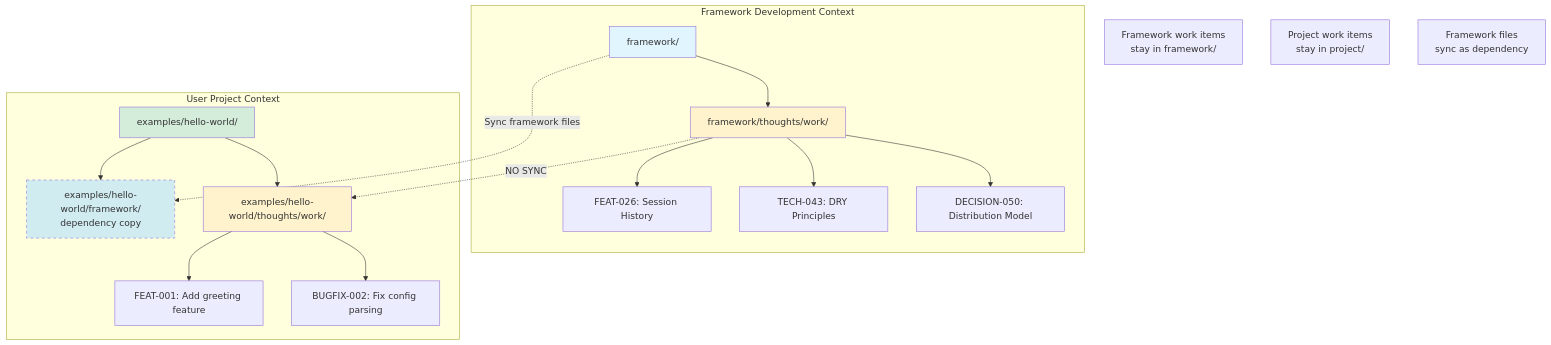
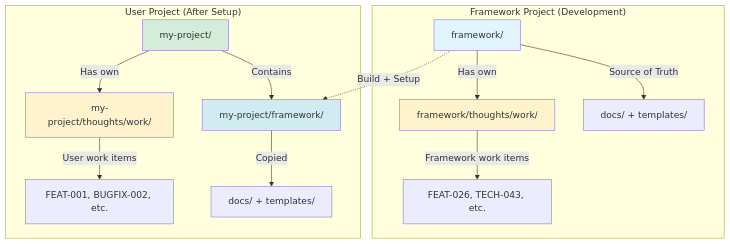
The third of 3 diagrams in framework/thoughts/work/todo/DECISION-050-framework-distribution-flow-diagram.md (SpearIT-LLC/project-framework), drawn with Mermaid before and after one commit. The commit also changed other lines of this file and 15 other files, not shown here.

````diff
--- a/framework/thoughts/work/todo/DECISION-050-framework-distribution-flow-diagram.md
+++ b/framework/thoughts/work/todo/DECISION-050-framework-distribution-flow-diagram.md
@@ -200,42 +181,29 @@
 ```mermaid
 graph TB
-    subgraph "Framework Development Context"
-        FW[framework/]
-        FW_WORK[framework/thoughts/work/]
-        FW_FEAT[FEAT-026: Session History]
-        FW_TECH[TECH-043: DRY Principles]
-        FW_DEC[DECISION-050: Distribution Model]
+    subgraph "Framework Project (Development)"
+        A[framework/] -->|Source of Truth| B[docs/ + templates/]
+        A -->|Has own| E[framework/thoughts/work/]
+        E -->|Framework work items| F[FEAT-026, TECH-043, etc.]
 
-        FW --> FW_WORK
-        FW_WORK --> FW_FEAT
-        FW_WORK --> FW_TECH
-        FW_WORK --> FW_DEC
-
-        style FW fill:#e1f5ff
-        style FW_WORK fill:#fff3cd
+        style A fill:#e1f5ff
+        style E fill:#fff3cd
     end
 
-    subgraph "User Project Context"
-        PROJ[examples/hello-world/]
-        PROJ_FW[examples/hello-world/framework/<br/>dependency copy]
-        PROJ_WORK[examples/hello-world/thoughts/work/]
-        PROJ_FEAT[FEAT-001: Add greeting feature]
-        PROJ_BUG[BUGFIX-002: Fix config parsing]
+    subgraph "User Project (After Setup)"
+        G[my-project/] -->|Contains| H[my-project/framework/]
+        H -->|Copied| I[docs/ + templates/]
 
-        PROJ --> PROJ_FW
-        PROJ --> PROJ_WORK
-        PROJ_WORK --> PROJ_FEAT
-        PROJ_WORK --> PROJ_BUG
+        G -->|Has own| M[my-project/thoughts/work/]
+        M -->|User work items| N[FEAT-001, BUGFIX-002, etc.]
 
-        style PROJ fill:#d4edda
-        style PROJ_FW fill:#d1ecf1,stroke-dasharray: 5 5
-        style PROJ_WORK fill:#fff3cd
+        style G fill:#d4edda
+        style H fill:#d1ecf1
+        style M fill:#fff3cd
     end
 
-    FW -.->|Sync framework files| PROJ_FW
-    FW_WORK -.->|NO SYNC| PROJ_WORK
+    A -.->|Build + Setup| H
 
-    Note1[Framework work items<br/>stay in framework/]
-    Note2[Project work items<br/>stay in project/]
-    Note3[Framework files<br/>sync as dependency]
+    classDef source fill:#e1f5ff,stroke:#0066cc
+    classDef copy fill:#d1ecf1,stroke:#0099cc
+    classDef work fill:#fff3cd,stroke:#856404
 ```
````
